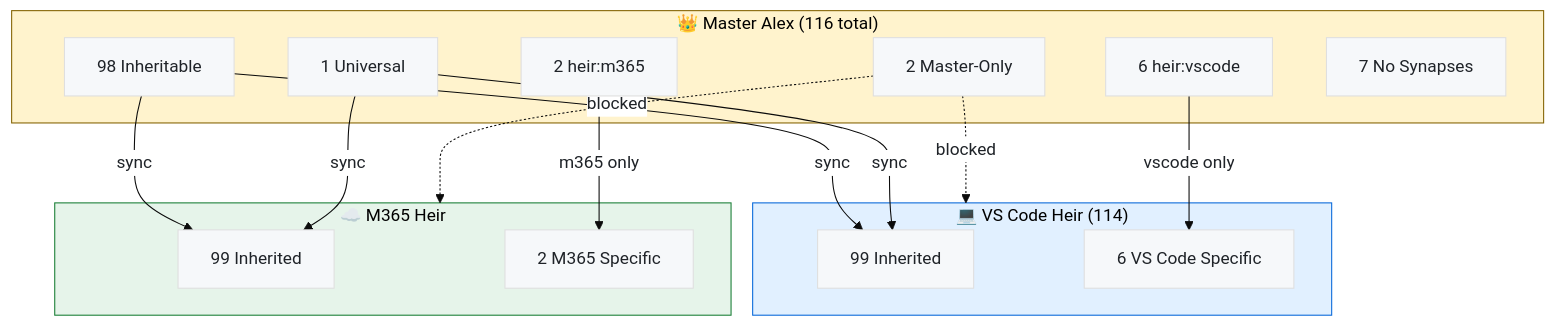
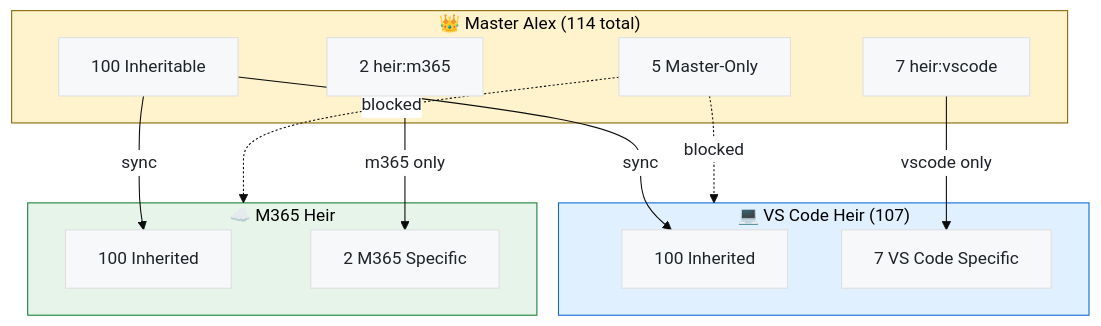
The sixth of 6 diagrams in alex_docs/skills/SKILLS-CATALOG.md (fabioc-aloha/Alex_Plug_In), drawn with Mermaid before and after one commit. The commit also changed other lines of this file and 164 other files, not shown here.

````diff
--- a/alex_docs/skills/SKILLS-CATALOG.md
+++ b/alex_docs/skills/SKILLS-CATALOG.md
@@ -888,33 +887,31 @@
 ```mermaid
 %%{init: {'theme': 'base', 'themeVariables': { 'primaryColor': '#f6f8fa', 'primaryTextColor': '#1f2328', 'edgeLabelBackground': '#ffffff'}}}%%
 flowchart TB
-    subgraph Master["👑 Master Alex (116 total)"]
-        M_INH["98 Inheritable"]
-        M_UNI["1 Universal"]
-        M_ONLY["2 Master-Only"]
-        M_HV["6 heir:vscode"]
+    subgraph Master["👑 Master Alex (114 total)"]
+        M_INH["100 Inheritable"]
+        M_ONLY["5 Master-Only"]
+        M_HV["7 heir:vscode"]
         M_HM["2 heir:m365"]
-        M_NOSYN["7 No Synapses"]
     end
 
-    subgraph VSCode["💻 VS Code Heir (114)"]
-        V_INH["99 Inherited"]
-        V_OWN["6 VS Code Specific"]
+    subgraph VSCode["💻 VS Code Heir (107)"]
+        V_INH["100 Inherited"]
+        V_OWN["7 VS Code Specific"]
     end
 
     subgraph M365["☁️ M365 Heir"]
-        M365_INH["99 Inherited"]
+        M365_INH["100 Inherited"]
         M365_OWN["2 M365 Specific"]
     end
 
-    M_INH & M_UNI -->|"sync"| V_INH
-    M_INH & M_UNI -->|"sync"| M365_INH
+    M_INH -->|"sync"| V_INH
+    M_INH -->|"sync"| M365_INH
     M_HV -->|"vscode only"| V_OWN
     M_HM -->|"m365 only"| M365_OWN
     M_ONLY -.->|"blocked"| VSCode
     M_ONLY -.->|"blocked"| M365
 
     style Master fill:#fff3cd,stroke:#856404
     style VSCode fill:#e1f0ff,stroke:#0969da
     style M365 fill:#e6f4ea,stroke:#1a7f37
 ```
````
